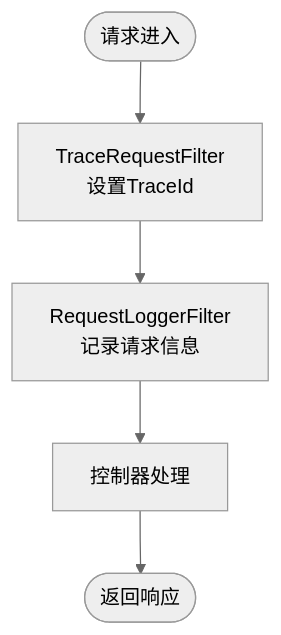
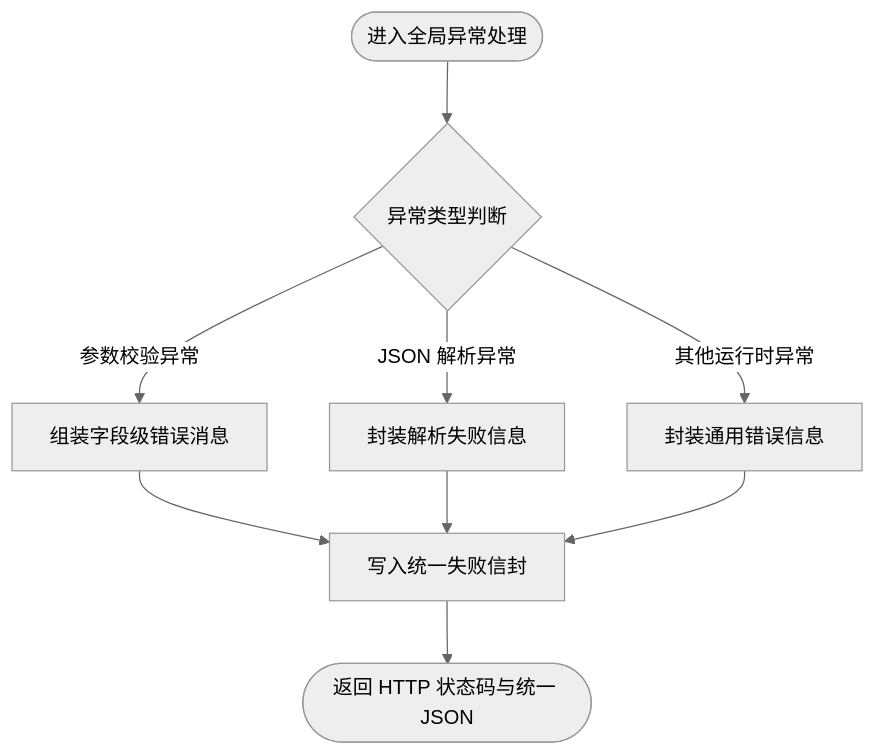
One commit to LiukewenSC/kewen-framework changed the third of 10 diagrams in .qoder/repowiki/zh/content/示例应用/基础功能示例.md. Above: the diagram before and after it, drawn with Mermaid (neutral theme). The commit also changed other lines of this file and 195 other files, not shown here.

````diff
--- a/.qoder/repowiki/zh/content/示例应用/基础功能示例.md
+++ b/.qoder/repowiki/zh/content/示例应用/基础功能示例.md
@@ -158,7 +148,11 @@
 ```mermaid
 flowchart TD
-Start(["请求进入"]) --> T1["TraceRequestFilter<br/>设置TraceId"]
-T1 --> T2["RequestLoggerFilter<br/>记录请求信息"]
-T2 --> Ctl["控制器处理"]
-Ctl --> End(["返回响应"])
+    Start(["进入全局异常处理"]) --> CheckType{"异常类型判断"}
+    CheckType -->|参数校验异常| BuildValidationMessage["组装字段级错误消息"]
+    CheckType -->|JSON 解析异常| BuildParseError["封装解析失败信息"]
+    CheckType -->|其他运行时异常| BuildGeneralError["封装通用错误信息"]
+    BuildValidationMessage --> WrapEnvelope["写入统一失败信封"]
+    BuildParseError --> WrapEnvelope
+    BuildGeneralError --> WrapEnvelope
+    WrapEnvelope --> End(["返回 HTTP 状态码与统一 JSON"])
 ```
````
